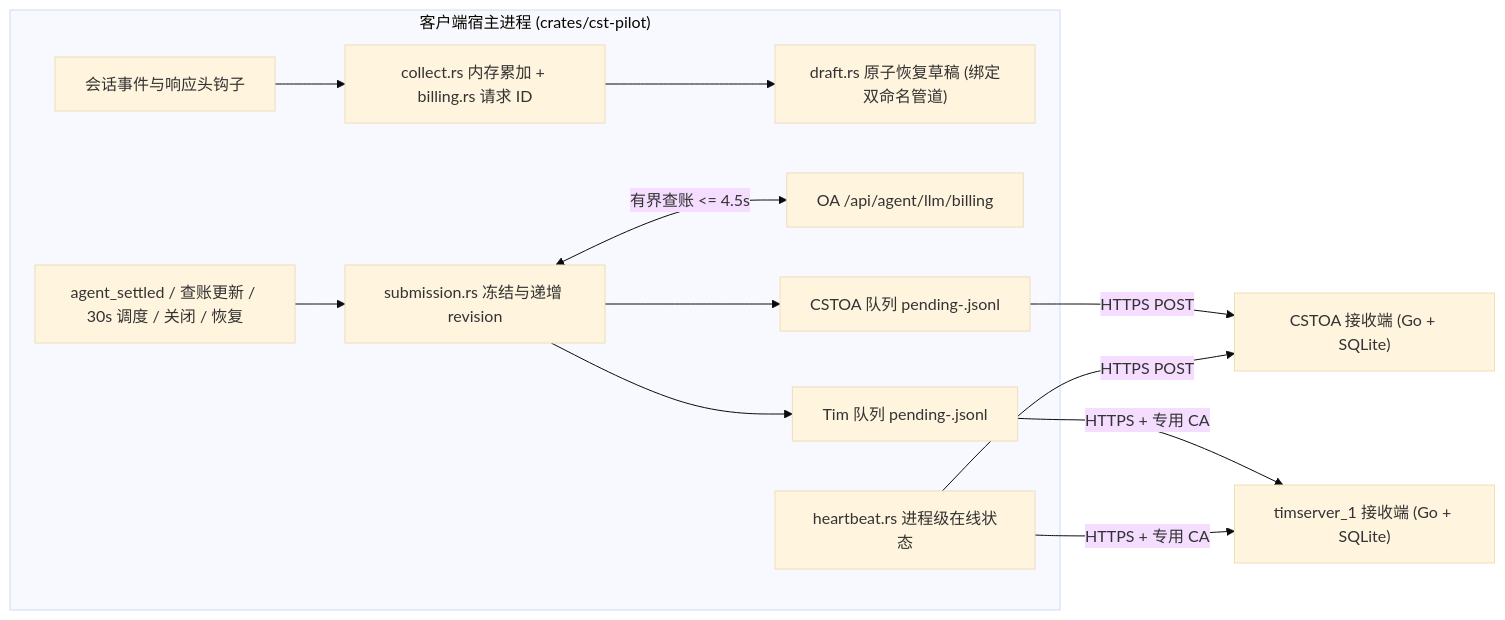
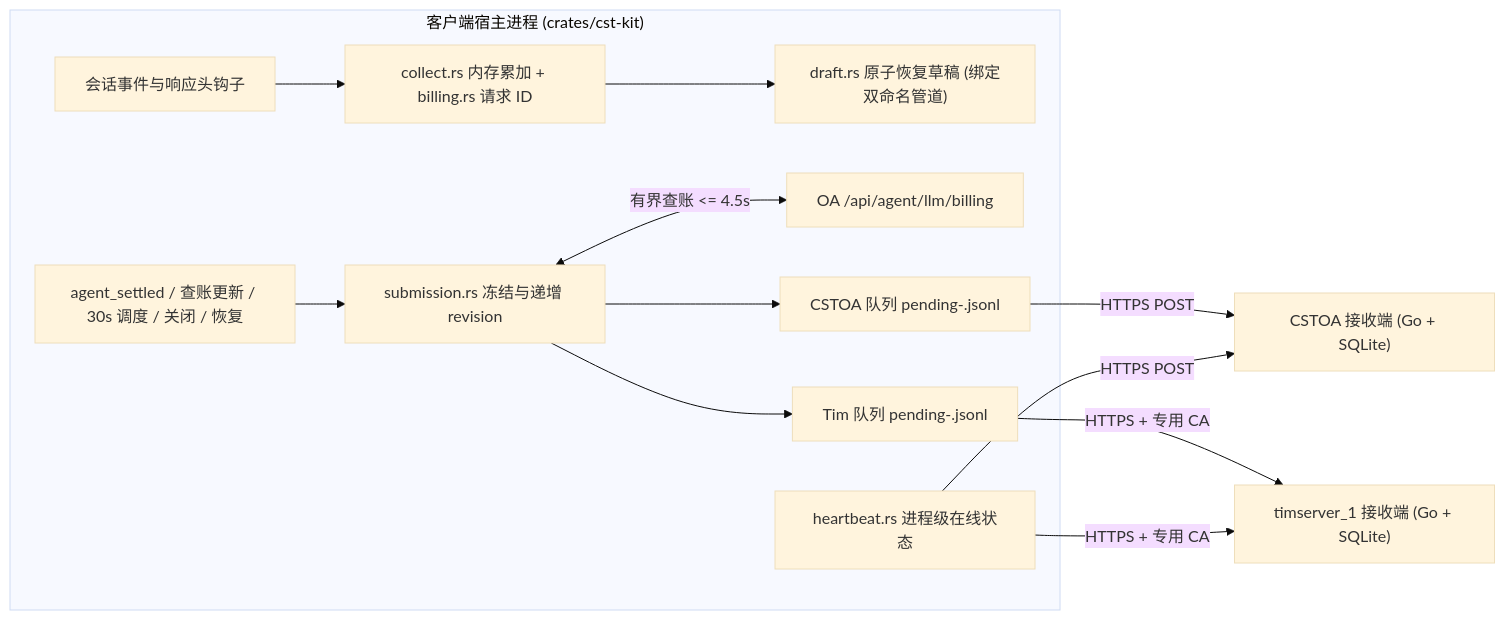
One commit to SCAU-Computer-Serving-Team/cst-pilot changed the diagram in doc/telemetry/ARCHITECTURE.md. Above: the diagram before and after it, drawn with Mermaid (base theme). The commit also changed other lines of this file and 18 other files, not shown here.

````diff
--- a/doc/telemetry/ARCHITECTURE.md
+++ b/doc/telemetry/ARCHITECTURE.md
@@ -7,15 +7,15 @@
 ```mermaid
 flowchart LR
-    subgraph Client["客户端宿主进程 (crates/cst-pilot)"]
+    subgraph Client["客户端宿主进程 (crates/cst-kit)"]
         Events["会话事件与响应头钩子"] --> Collect["collect.rs 内存累加 + billing.rs 请求 ID"]
         Collect --> Draft["draft.rs 原子恢复草稿 (绑定双命名管道)"]
         Triggers["agent_settled / 查账更新 / 30s 调度 / 关闭 / 恢复"] --> Submit["submission.rs 冻结与递增 revision"]
         Submit <-->|"有界查账 <= 4.5s"| Bill["OA /api/agent/llm/billing"]
         Submit --> Q1["CSTOA 队列 pending-<hash1>.jsonl"]
         Submit --> Q2["Tim 队列 pending-<hash2>.jsonl"]
         HB["heartbeat.rs 进程级在线状态"]
     end
 
     Q1 & HB -->|"HTTPS POST"| R1["CSTOA 接收端 (Go + SQLite)"]
     Q2 & HB -->|"HTTPS + 专用 CA"| R2["timserver_1 接收端 (Go + SQLite)"]
 ```
````
